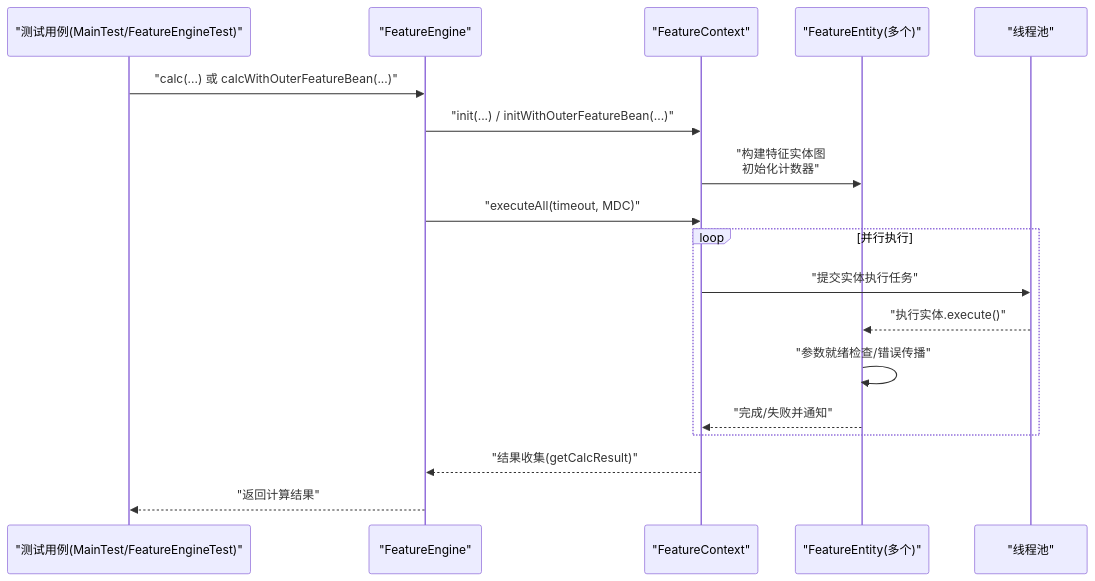
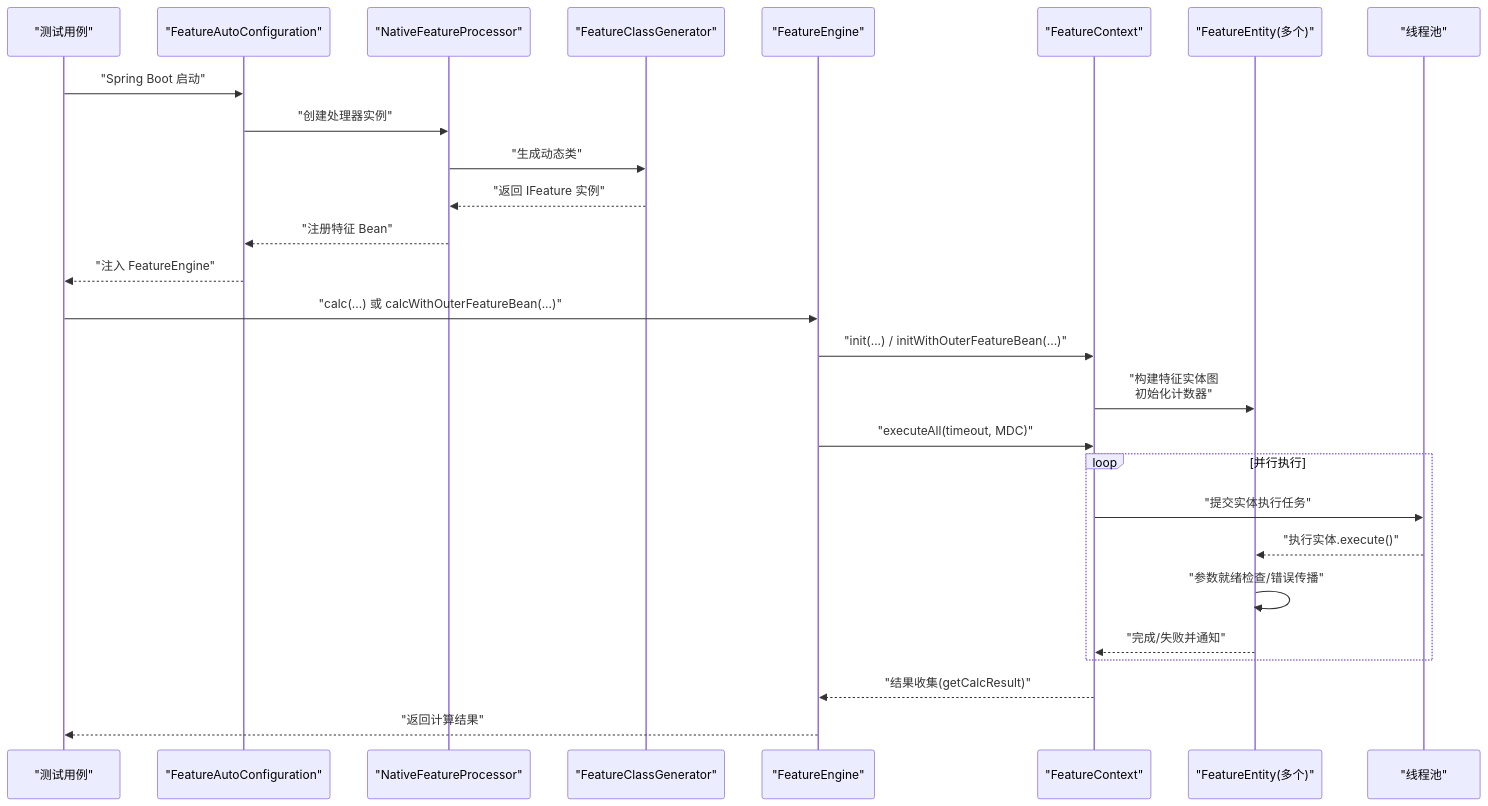
Before and after one commit to txzhanghuan/feature: the second of 3 diagrams in .qoder/repowiki/zh/content/测试与调试.md, drawn with Mermaid. The commit also changed other lines of this file and 18 other files, not shown here.

First line of the commit message:
test(feature-engine): 扩展文档与新增高级功能测试覆盖

````diff
--- a/.qoder/repowiki/zh/content/测试与调试.md
+++ b/.qoder/repowiki/zh/content/测试与调试.md
@@ -115,20 +149,29 @@
 ```mermaid
 sequenceDiagram
-participant UT as "测试用例(MainTest/FeatureEngineTest)"
+participant UT as "测试用例"
+participant FAC as "FeatureAutoConfiguration"
+participant NP as "NativeFeatureProcessor"
+participant FCG as "FeatureClassGenerator"
 participant FE as "FeatureEngine"
 participant FC as "FeatureContext"
 participant ENT as "FeatureEntity(多个)"
 participant POOL as "线程池"
+UT->>FAC : "Spring Boot 启动"
+FAC->>NP : "创建处理器实例"
+NP->>FCG : "生成动态类"
+FCG-->>NP : "返回 IFeature 实例"
+NP-->>FAC : "注册特征 Bean"
+FAC-->>UT : "注入 FeatureEngine"
 UT->>FE : "calc(...) 或 calcWithOuterFeatureBean(...)"
 FE->>FC : "init(...) / initWithOuterFeatureBean(...)"
 FC->>ENT : "构建特征实体图<br/>初始化计数器"
 FE->>FC : "executeAll(timeout, MDC)"
 loop 并行执行
 FC->>POOL : "提交实体执行任务"
 POOL-->>ENT : "执行实体.execute()"
 ENT->>ENT : "参数就绪检查/错误传播"
 ENT-->>FC : "完成/失败并通知"
 end
 FC-->>FE : "结果收集(getCalcResult)"
 FE-->>UT : "返回计算结果"
 ```
````
